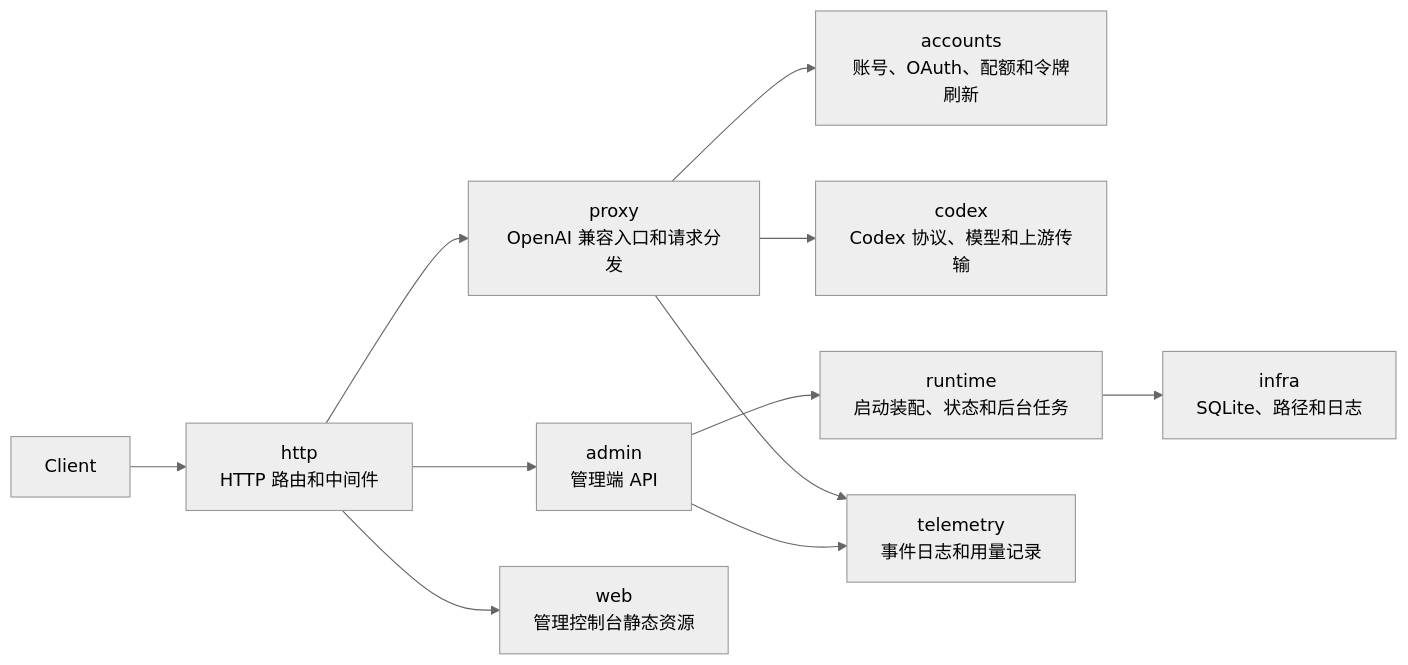
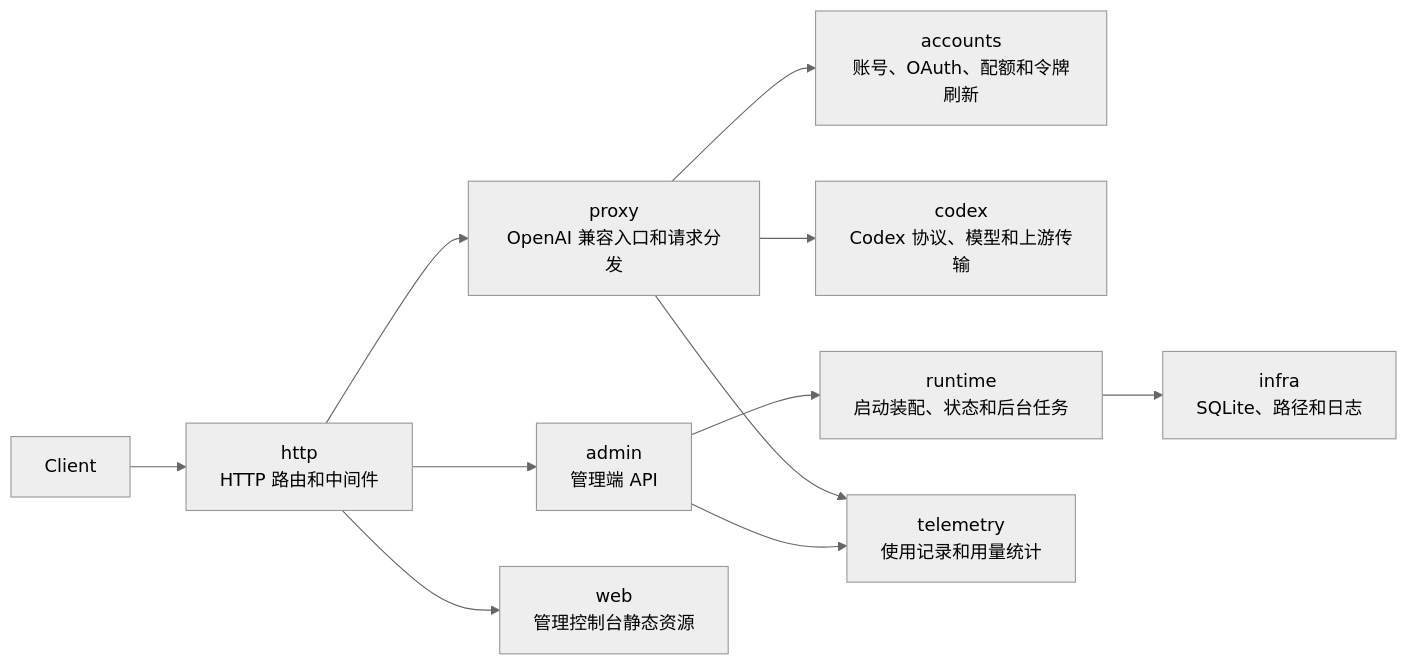
The diagram in README.md (zyycn/codex-proxy-rs), drawn with Mermaid (neutral theme) before and after one commit. The commit also changed other lines of this file and 95 other files, not shown here.

````diff
--- a/README.md
+++ b/README.md
@@ -137,13 +137,13 @@
 ```mermaid
 flowchart LR
     client[Client] --> http[http<br/>HTTP 路由和中间件]
     http --> proxy[proxy<br/>OpenAI 兼容入口和请求分发]
     proxy --> accounts[accounts<br/>账号、OAuth、配额和令牌刷新]
     proxy --> codex[codex<br/>Codex 协议、模型和上游传输]
     http --> admin[admin<br/>管理端 API]
     admin --> runtime[runtime<br/>启动装配、状态和后台任务]
     runtime --> infra[infra<br/>SQLite、路径和日志]
-    proxy --> telemetry[telemetry<br/>事件日志和用量记录]
+    proxy --> telemetry[telemetry<br/>使用记录和用量统计]
     admin --> telemetry
     http --> web[web<br/>管理控制台静态资源]
 ```
````
